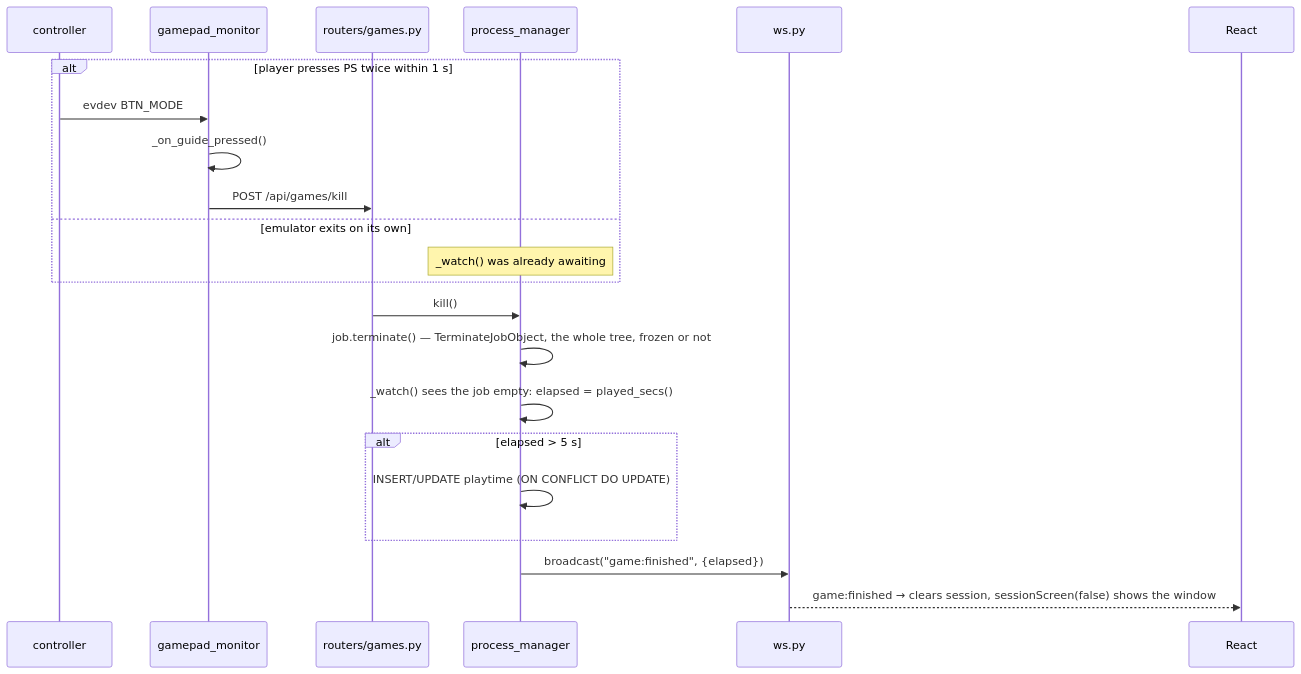
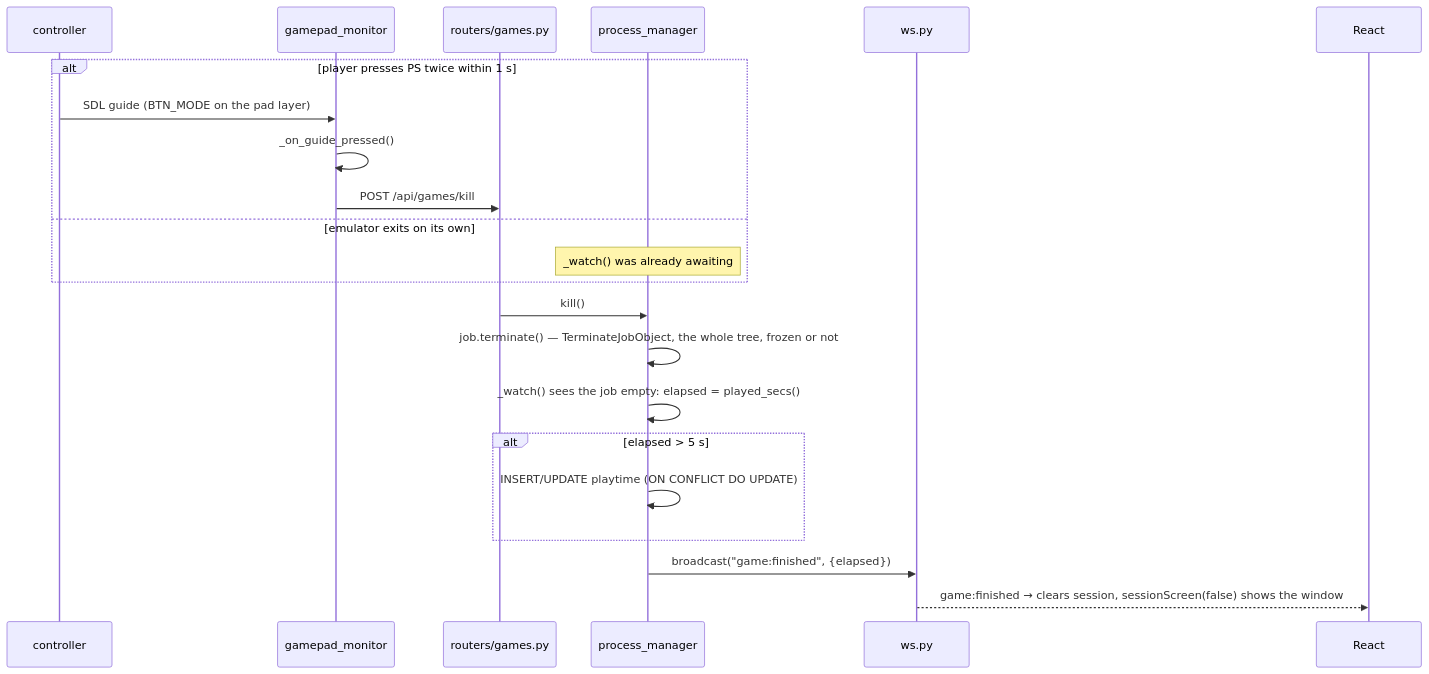
The second of 9 diagrams in docs/architecture/02-request-flows.md (p4v1c/GamecoreWindows), drawn with Mermaid before and after one commit. The commit also changed other lines of this file and 34 other files, not shown here.

First line of the commit message:
feat(pads): read every pad through SDL2 in the backend

````diff
--- a/docs/architecture/02-request-flows.md
+++ b/docs/architecture/02-request-flows.md
@@ -46,25 +46,25 @@
 ```mermaid
 sequenceDiagram
     participant pad as controller
     participant gm as gamepad_monitor
     participant r as routers/games.py
     participant pm as process_manager
     participant ws as ws.py
     participant ui as React
 
     alt player presses PS twice within 1 s
-        pad->>gm: evdev BTN_MODE
+        pad->>gm: SDL guide (BTN_MODE on the pad layer)
         gm->>gm: _on_guide_pressed()
         gm->>r: POST /api/games/kill
     else emulator exits on its own
         Note over pm: _watch() was already awaiting
     end
     r->>pm: kill()
     pm->>pm: job.terminate() — TerminateJobObject, the whole tree, frozen or not
     pm->>pm: _watch() sees the job empty: elapsed = played_secs()
     alt elapsed > 5 s
         pm->>pm: INSERT/UPDATE playtime (ON CONFLICT DO UPDATE)
     end
     pm->>ws: broadcast("game:finished", {elapsed})
     ws-->>ui: game:finished → clears session, sessionScreen(false) shows the window
 ```
````
